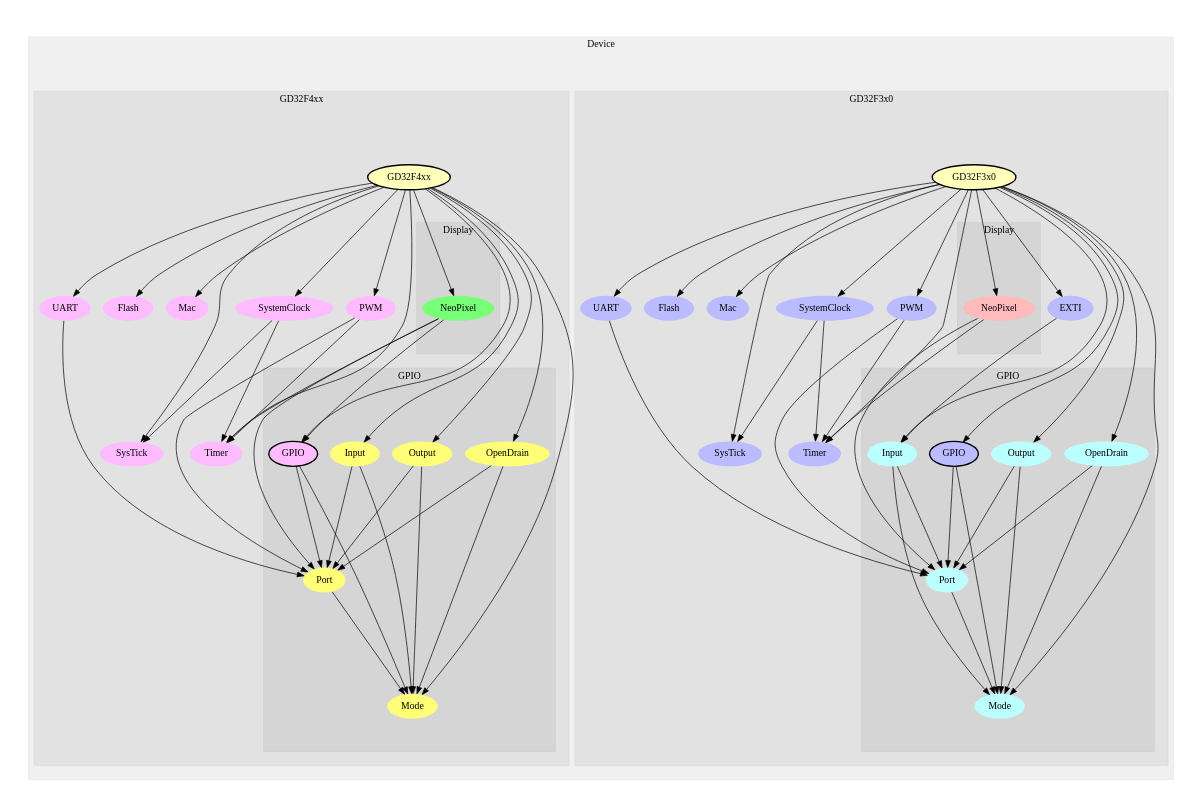
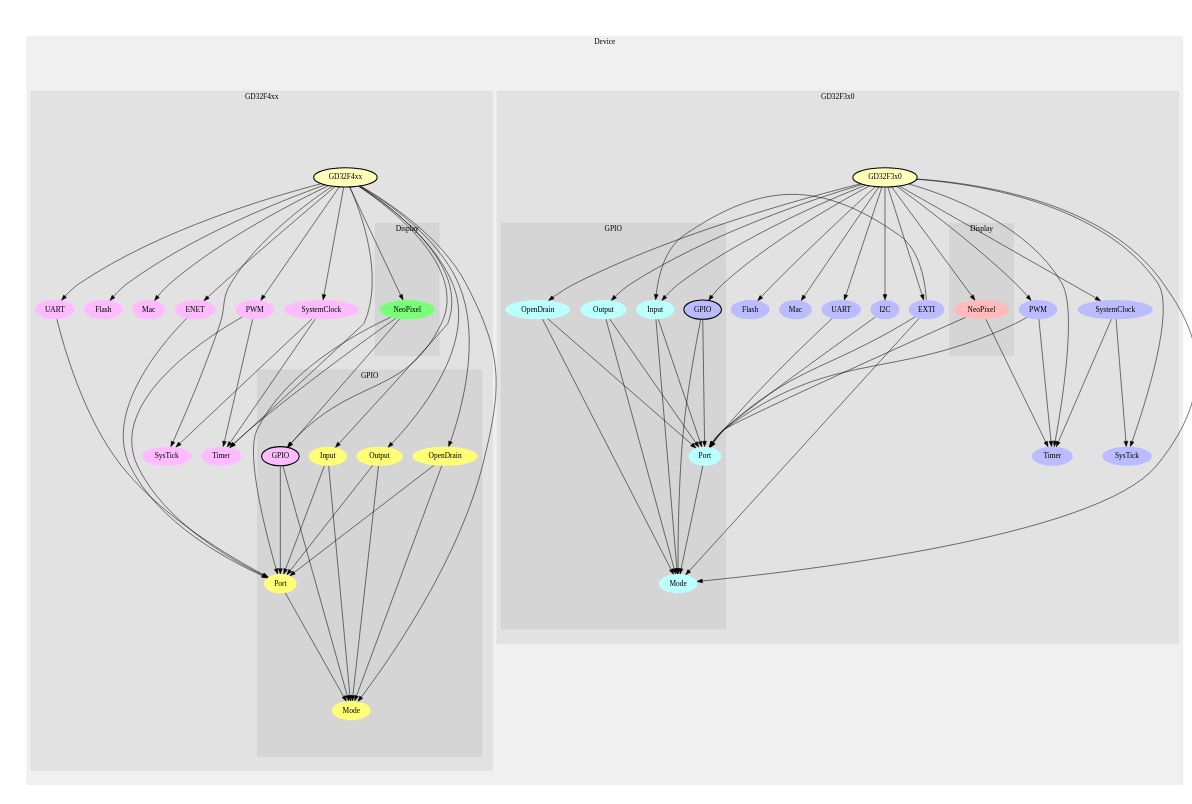
The diagram in graph/src/Device.dot (gev/reacthome-firmware), drawn with Graphviz before and after one commit. The commit also changed 27 other files, not shown here.

Commit message:
update the modules dependencies graph

```diff
--- a/graph/src/Device.dot
+++ b/graph/src/Device.dot
@@ -1,139 +1,147 @@
 digraph G {
 size="6,4";
 ratio="fill";
 subgraph cluster_0 {
 label="Device";
 color="#0000000F";
 style="filled";
 subgraph cluster_1 {
 label="GD32F3x0";
 color="#0000000F";
 style="filled";
-u30[label="GD32F3x0",style="filled,bold",fillcolor="#ffffbb"];
-u15[label="UART",style="filled",fillcolor="#bbbbff",penwidth="0"];
-u16[label="Flash",style="filled",fillcolor="#bbbbff",penwidth="0"];
-u18[label="Mac",style="filled",fillcolor="#bbbbff",penwidth="0"];
-u19[label="SysTick",style="filled",fillcolor="#bbbbff",penwidth="0"];
-u20[label="EXTI",style="filled",fillcolor="#bbbbff",penwidth="0"];
-u21[label="PWM",style="filled",fillcolor="#bbbbff",penwidth="0"];
-u22[label="SystemClock",style="filled",fillcolor="#bbbbff",penwidth="0"];
-u29[label="Timer",style="filled",fillcolor="#bbbbff",penwidth="0"];
+u32[label="GD32F3x0",style="filled,bold",fillcolor="#ffffbb"];
+u16[label="UART",style="filled",fillcolor="#bbbbff",penwidth="0"];
+u17[label="Flash",style="filled",fillcolor="#bbbbff",penwidth="0"];
+u19[label="Mac",style="filled",fillcolor="#bbbbff",penwidth="0"];
+u20[label="SysTick",style="filled",fillcolor="#bbbbff",penwidth="0"];
+u21[label="EXTI",style="filled",fillcolor="#bbbbff",penwidth="0"];
+u22[label="PWM",style="filled",fillcolor="#bbbbff",penwidth="0"];
+u23[label="SystemClock",style="filled",fillcolor="#bbbbff",penwidth="0"];
+u30[label="I2C",style="filled",fillcolor="#bbbbff",penwidth="0"];
+u31[label="Timer",style="filled",fillcolor="#bbbbff",penwidth="0"];
 subgraph cluster_2 {
 label="Display";
 color="#0000000F";
 style="filled";
-u23[label="NeoPixel",style="filled",fillcolor="#ffbbbb",penwidth="0"];
+u24[label="NeoPixel",style="filled",fillcolor="#ffbbbb",penwidth="0"];
 
 }
 subgraph cluster_3 {
 label="GPIO";
 color="#0000000F";
 style="filled";
-u17[label="GPIO",style="filled,bold",fillcolor="#bbbbff"];
-u24[label="Input",style="filled",fillcolor="#bbffff",penwidth="0"];
-u25[label="Mode",style="filled",fillcolor="#bbffff",penwidth="0"];
-u26[label="Output",style="filled",fillcolor="#bbffff",penwidth="0"];
-u27[label="OpenDrain",style="filled",fillcolor="#bbffff",penwidth="0"];
-u28[label="Port",style="filled",fillcolor="#bbffff",penwidth="0"];
+u18[label="GPIO",style="filled,bold",fillcolor="#bbbbff"];
+u25[label="Input",style="filled",fillcolor="#bbffff",penwidth="0"];
+u26[label="Mode",style="filled",fillcolor="#bbffff",penwidth="0"];
+u27[label="Output",style="filled",fillcolor="#bbffff",penwidth="0"];
+u28[label="OpenDrain",style="filled",fillcolor="#bbffff",penwidth="0"];
+u29[label="Port",style="filled",fillcolor="#bbffff",penwidth="0"];
 
 }
 
 }
 subgraph cluster_4 {
 label="GD32F4xx";
 color="#0000000F";
 style="filled";
 u0[label="GD32F4xx",style="filled,bold",fillcolor="#ffffbb"];
 u1[label="UART",style="filled",fillcolor="#ffbbff",penwidth="0"];
 u2[label="Flash",style="filled",fillcolor="#ffbbff",penwidth="0"];
 u4[label="Mac",style="filled",fillcolor="#ffbbff",penwidth="0"];
-u5[label="SysTick",style="filled",fillcolor="#ffbbff",penwidth="0"];
-u6[label="PWM",style="filled",fillcolor="#ffbbff",penwidth="0"];
-u7[label="SystemClock",style="filled",fillcolor="#ffbbff",penwidth="0"];
-u14[label="Timer",style="filled",fillcolor="#ffbbff",penwidth="0"];
+u5[label="ENET",style="filled",fillcolor="#ffbbff",penwidth="0"];
+u6[label="SysTick",style="filled",fillcolor="#ffbbff",penwidth="0"];
+u7[label="PWM",style="filled",fillcolor="#ffbbff",penwidth="0"];
+u8[label="SystemClock",style="filled",fillcolor="#ffbbff",penwidth="0"];
+u15[label="Timer",style="filled",fillcolor="#ffbbff",penwidth="0"];
 subgraph cluster_5 {
 label="Display";
 color="#0000000F";
 style="filled";
-u8[label="NeoPixel",style="filled",fillcolor="#77ff77",penwidth="0"];
+u9[label="NeoPixel",style="filled",fillcolor="#77ff77",penwidth="0"];
 
 }
 subgraph cluster_6 {
 label="GPIO";
 color="#0000000F";
 style="filled";
 u3[label="GPIO",style="filled,bold",fillcolor="#ffbbff"];
-u9[label="Input",style="filled",fillcolor="#ffff77",penwidth="0"];
-u10[label="Mode",style="filled",fillcolor="#ffff77",penwidth="0"];
-u11[label="Output",style="filled",fillcolor="#ffff77",penwidth="0"];
-u12[label="OpenDrain",style="filled",fillcolor="#ffff77",penwidth="0"];
-u13[label="Port",style="filled",fillcolor="#ffff77",penwidth="0"];
+u10[label="Input",style="filled",fillcolor="#ffff77",penwidth="0"];
+u11[label="Mode",style="filled",fillcolor="#ffff77",penwidth="0"];
+u12[label="Output",style="filled",fillcolor="#ffff77",penwidth="0"];
+u13[label="OpenDrain",style="filled",fillcolor="#ffff77",penwidth="0"];
+u14[label="Port",style="filled",fillcolor="#ffff77",penwidth="0"];
 
 }
 
 }
 
 }
 u0 -> u1;
 u0 -> u2;
 u0 -> u3;
 u0 -> u4;
 u0 -> u5;
 u0 -> u6;
 u0 -> u7;
 u0 -> u8;
 u0 -> u9;
 u0 -> u10;
 u0 -> u11;
 u0 -> u12;
-u0 -> u14;
-u1 -> u13;
-u3 -> u10;
-u3 -> u13;
-u6 -> u13;
-u6 -> u14;
-u7 -> u5;
+u0 -> u13;
+u0 -> u15;
+u1 -> u14;
+u3 -> u11;
+u3 -> u14;
+u5 -> u14;
 u7 -> u14;
-u8 -> u3;
-u8 -> u13;
-u8 -> u14;
-u9 -> u10;
-u9 -> u13;
-u11 -> u10;
-u11 -> u13;
-u12 -> u10;
-u12 -> u13;
-u13 -> u10;
-u15 -> u28;
-u17 -> u25;
-u17 -> u28;
-u20 -> u24;
-u21 -> u28;
+u7 -> u15;
+u8 -> u6;
+u8 -> u15;
+u9 -> u3;
+u9 -> u14;
+u9 -> u15;
+u10 -> u11;
+u10 -> u14;
+u12 -> u11;
+u12 -> u14;
+u13 -> u11;
+u13 -> u14;
+u14 -> u11;
+u16 -> u29;
+u18 -> u26;
+u18 -> u29;
+u21 -> u25;
+u21 -> u26;
 u21 -> u29;
-u22 -> u19;
 u22 -> u29;
-u23 -> u28;
-u23 -> u29;
-u24 -> u25;
-u24 -> u28;
-u26 -> u25;
-u26 -> u28;
-u27 -> u25;
-u27 -> u28;
-u28 -> u25;
-u30 -> u15;
-u30 -> u16;
-u30 -> u17;
-u30 -> u18;
-u30 -> u19;
-u30 -> u20;
-u30 -> u21;
-u30 -> u22;
-u30 -> u23;
-u30 -> u24;
-u30 -> u25;
-u30 -> u26;
-u30 -> u27;
+u22 -> u31;
+u23 -> u20;
+u23 -> u31;
+u24 -> u29;
+u24 -> u31;
+u25 -> u26;
+u25 -> u29;
+u27 -> u26;
+u27 -> u29;
+u28 -> u26;
+u28 -> u29;
+u29 -> u26;
 u30 -> u29;
+u32 -> u16;
+u32 -> u17;
+u32 -> u18;
+u32 -> u19;
+u32 -> u20;
+u32 -> u21;
+u32 -> u22;
+u32 -> u23;
+u32 -> u24;
+u32 -> u25;
+u32 -> u26;
+u32 -> u27;
+u32 -> u28;
+u32 -> u30;
+u32 -> u31;
 
 }
```
